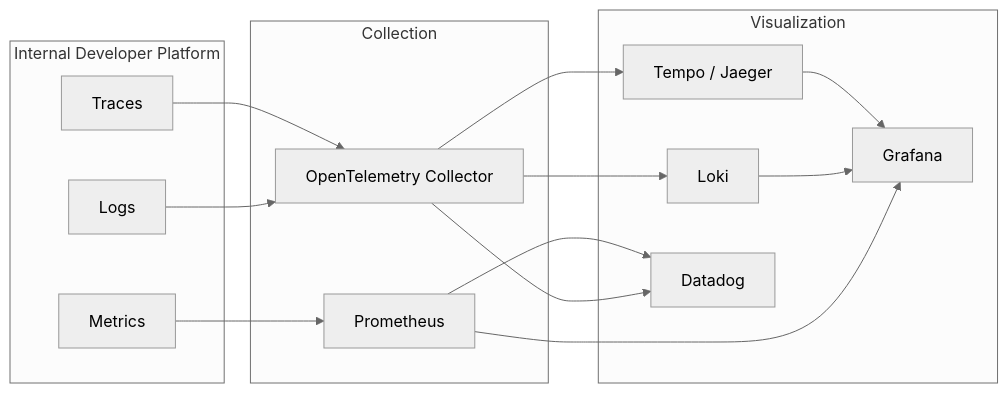
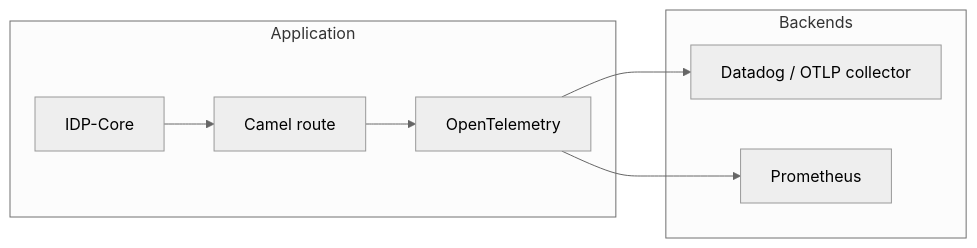
One commit to Decathlon/internal-developer-platform changed the diagram in docs/src/deployment/observability.md. Above: the diagram before and after it, drawn with Mermaid (neutral theme). The commit also changed other lines of this file and 1 other file, not shown here.

Commit message:
feat(config): align observability docs with Spring Boot OTLP config

````diff
--- a/docs/src/deployment/observability.md
+++ b/docs/src/deployment/observability.md
@@ -10,26 +8,18 @@
 ```mermaid
 flowchart LR
-    subgraph "Internal Developer Platform"
-        M[Metrics]
-        L[Logs]
-        T[Traces]
+    subgraph "Application"
+        APP[IDP-Core]
+        CAMEL[Camel route]
+        OTEL[OpenTelemetry]
     end
 
-    subgraph "Collection"
-        OTEL[OpenTelemetry Collector]
+    subgraph "Backends"
+        DD[Datadog / OTLP collector]
         PROM[Prometheus]
     end
 
-    subgraph "Visualization"
-        GRAF[Grafana]
-        LOKI[Loki]
-        TEMPO[Tempo / Jaeger]
-        DATADOG[Datadog]
-    end
-
-    M --> PROM --> GRAF
-    L --> OTEL --> LOKI --> GRAF
-    T --> OTEL --> TEMPO --> GRAF
-    OTEL --> DATADOG
-    PROM --> DATADOG
+    APP --> CAMEL
+    CAMEL --> OTEL
+    OTEL --> DD
+    OTEL --> PROM
 ```
````
